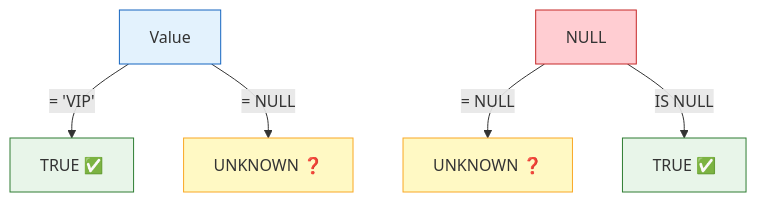
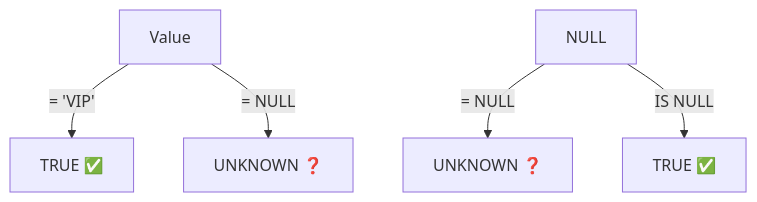
Before and after one commit to civilian7/sql-tutorial: the diagram in docs/en/beginner/06-null.md, drawn with Mermaid. The commit also changed other lines of this file and 101 other files, not shown here.

````diff
--- a/docs/en/beginner/06-null.md
+++ b/docs/en/beginner/06-null.md
@@ -5,13 +5,7 @@
 ```mermaid
 flowchart TD
     V["Value"] --> |"= 'VIP'"| T["TRUE ✅"]
     V --> |"= NULL"| U["UNKNOWN ❓"]
     N["NULL"] --> |"= NULL"| U2["UNKNOWN ❓"]
     N --> |"IS NULL"| T2["TRUE ✅"]
-    style V fill:#e3f2fd,stroke:#1565c0
-    style N fill:#ffcdd2,stroke:#c62828
-    style T fill:#e8f5e9,stroke:#2e7d32
-    style T2 fill:#e8f5e9,stroke:#2e7d32
-    style U fill:#fff9c4,stroke:#f9a825
-    style U2 fill:#fff9c4,stroke:#f9a825
 ```
````
